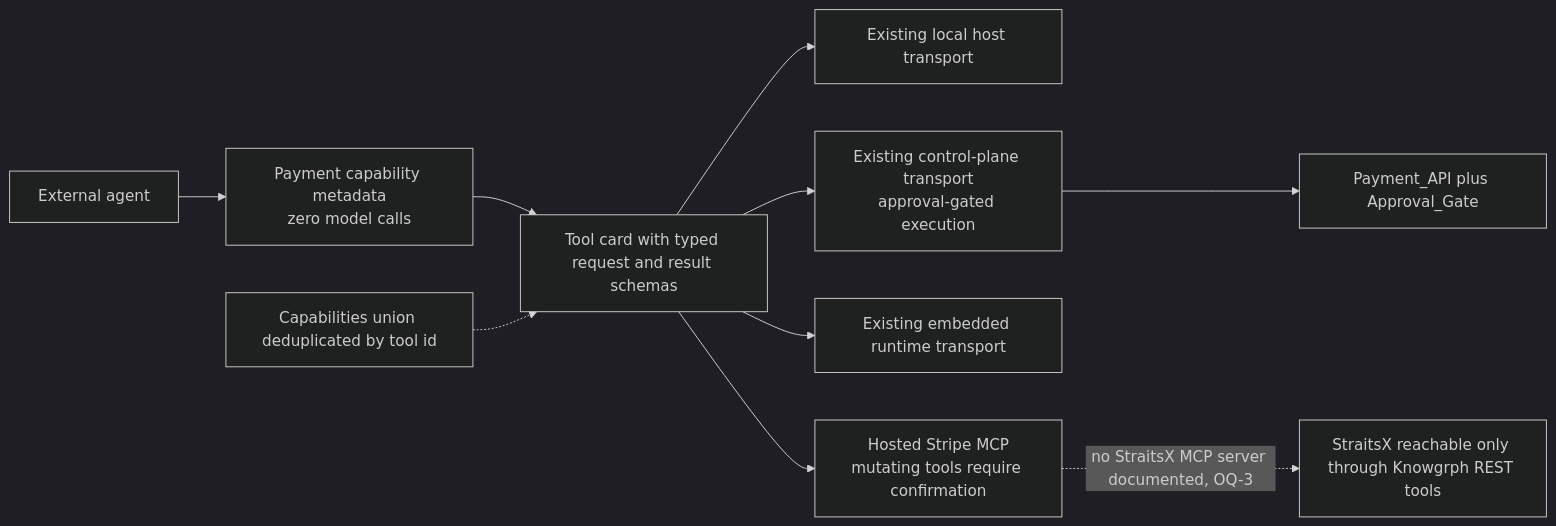
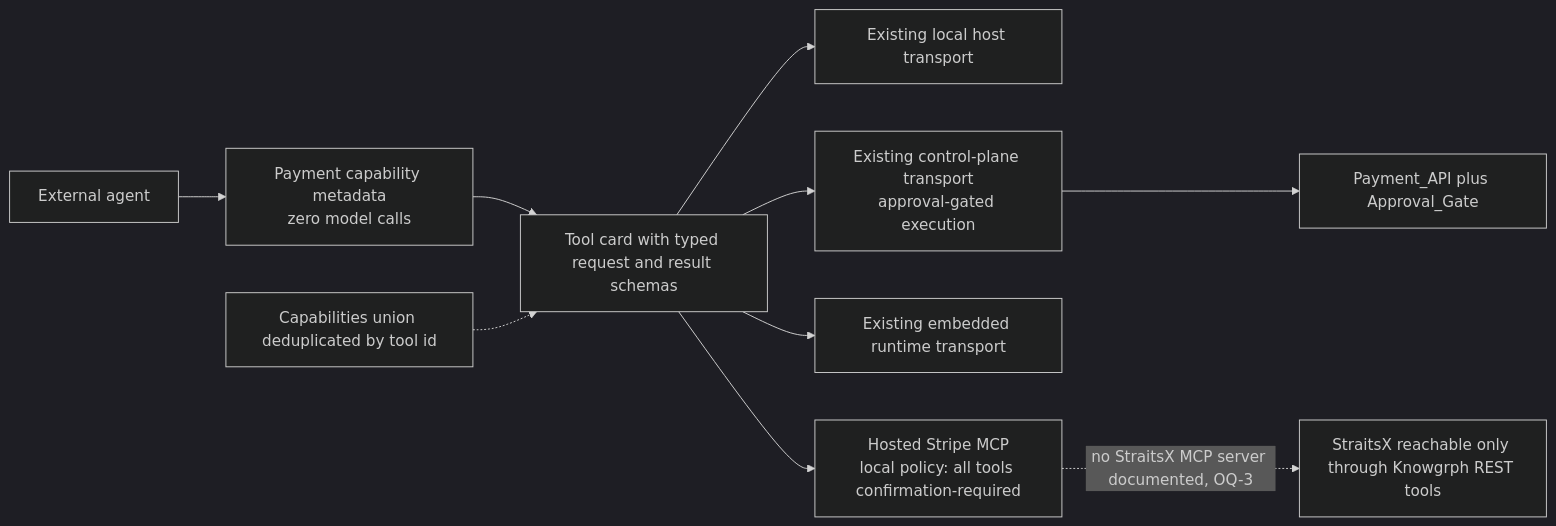
The ninth of 9 diagrams in docs/documents/knowgrph-payments-prd-tad.md (huijoohwee/agentic-graph), drawn with Mermaid (dark theme) before and after one commit. The commit also changed other lines of this file and 97 other files, not shown here.

````diff
--- a/docs/documents/knowgrph-payments-prd-tad.md
+++ b/docs/documents/knowgrph-payments-prd-tad.md
@@ -1343,12 +2339,12 @@
 ```mermaid
 flowchart LR
   Agent["External agent"] --> Disc["Payment capability metadata<br/>zero model calls"]
   Disc --> Card["Tool card with typed request and result schemas"]
   Card --> Local["Existing local host transport"]
   Card --> Ctrl["Existing control-plane transport<br/>approval-gated execution"]
   Card --> Embed["Existing embedded runtime transport"]
-  Card --> SMCP["Hosted Stripe MCP<br/>mutating tools require confirmation"]
+  Card --> SMCP["Hosted Stripe MCP<br/>local policy: all tools confirmation-required"]
   Union["Capabilities union deduplicated by tool id"] -.-> Card
   Ctrl --> APIGate["Payment_API plus Approval_Gate"]
   SMCP -. "no StraitsX MCP server documented, OQ-3" .-> Missing["StraitsX reachable only through Knowgrph REST tools"]
 ```
````
